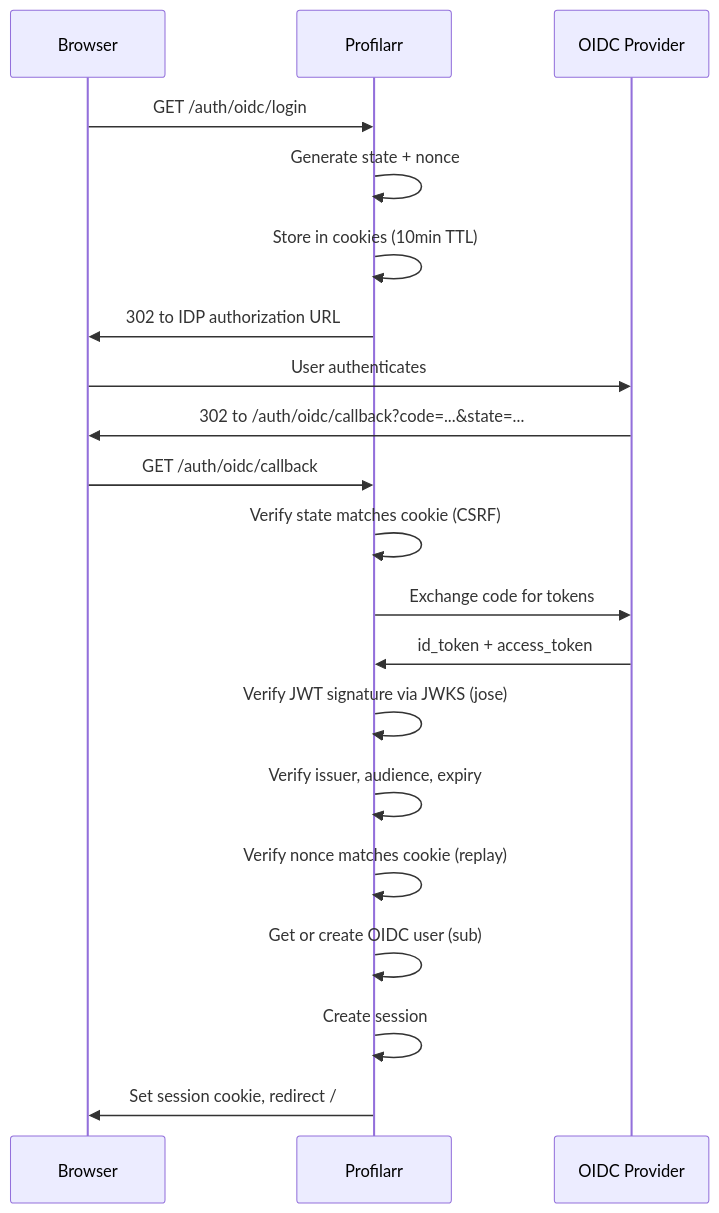
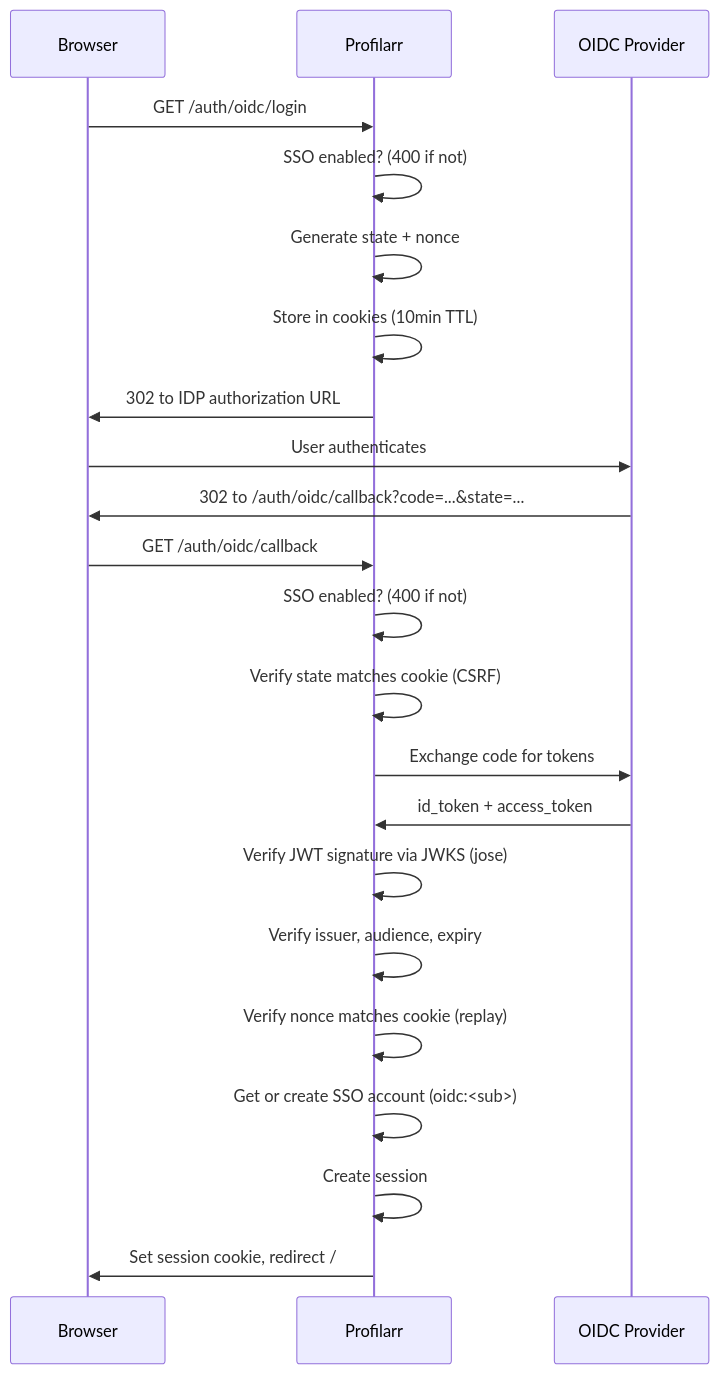
The first of 2 diagrams in docs/backend/security.md (Dictionarry-Hub/profilarr), drawn with Mermaid before and after one commit. The commit also changed other lines of this file and 36 other files, not shown here.

````diff
--- a/docs/backend/security.md
+++ b/docs/backend/security.md
@@ -110,25 +138,27 @@
 ```mermaid
 sequenceDiagram
     participant B as Browser
     participant P as Profilarr
     participant IDP as OIDC Provider
 
     B->>P: GET /auth/oidc/login
+    P->>P: SSO enabled? (400 if not)
     P->>P: Generate state + nonce
     P->>P: Store in cookies (10min TTL)
     P->>B: 302 to IDP authorization URL
 
     B->>IDP: User authenticates
     IDP->>B: 302 to /auth/oidc/callback?code=...&state=...
 
     B->>P: GET /auth/oidc/callback
+    P->>P: SSO enabled? (400 if not)
     P->>P: Verify state matches cookie (CSRF)
     P->>IDP: Exchange code for tokens
     IDP->>P: id_token + access_token
     P->>P: Verify JWT signature via JWKS (jose)
     P->>P: Verify issuer, audience, expiry
     P->>P: Verify nonce matches cookie (replay)
-    P->>P: Get or create OIDC user (sub)
+    P->>P: Get or create SSO account (oidc:<sub>)
     P->>P: Create session
     P->>B: Set session cookie, redirect /
 ```
````
